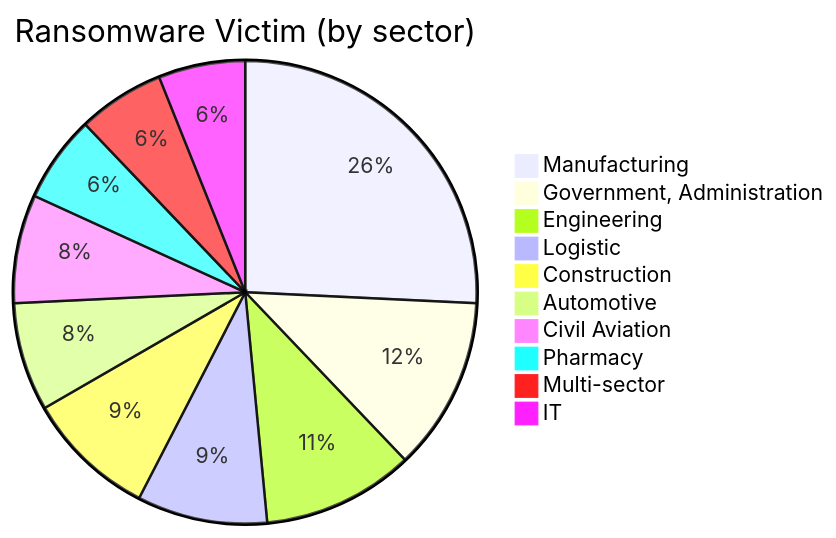
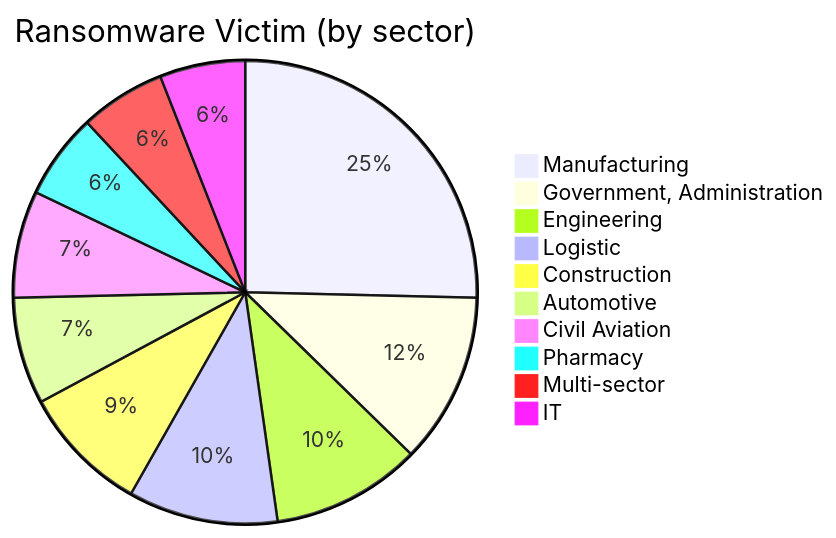
Before and after one commit to rectifyq/site: the third of 3 diagrams in content/MY Threat Landscape/ransomware.md, drawn with Mermaid. The commit also changed other lines of this file, not shown here.

````diff
--- a/content/MY Threat Landscape/ransomware.md
+++ b/content/MY Threat Landscape/ransomware.md
@@ -158,13 +159,13 @@
 ```mermaid
 pie title Ransomware Victim (by sector)
     "Manufacturing" : 17
     "Government, Administration" : 8
     "Engineering" : 7
-    "Logistic" : 6
+    "Logistic" : 7
     "Construction" : 6
     "Automotive" : 5
     "Civil Aviation" : 5
     "Pharmacy" : 4
     "Multi-sector" : 4
     "IT" : 4
 ```
````
